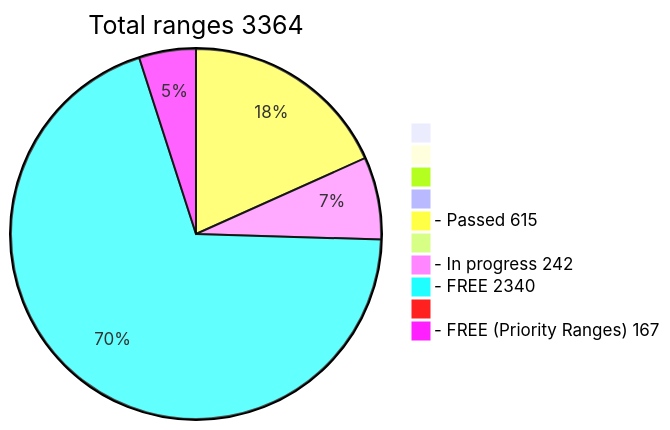
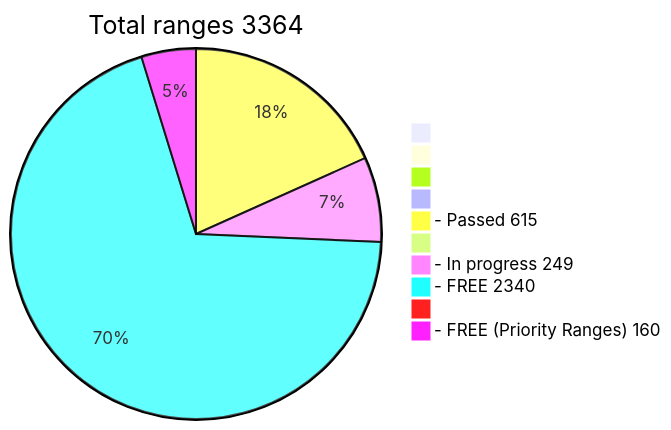
Before and after one commit to phrutis/wif500: the diagram in README.md, drawn with Mermaid.

````diff
--- a/README.md
+++ b/README.md
@@ -16,13 +16,13 @@
 ```mermaid
 pie title Total ranges 3364
              " " : 0
             "  " : 0
            "   " : 0
           "    " : 0
   "- Passed 615" : 615
          "     " : 0
-  "- In progress 242" : 242
+  "- In progress 249" : 249
    "- FREE 2340" : 2340
         "      " : 0
-  "- FREE (Priority Ranges) 167" : 167
+  "- FREE (Priority Ranges) 160" : 160
 ```
````
